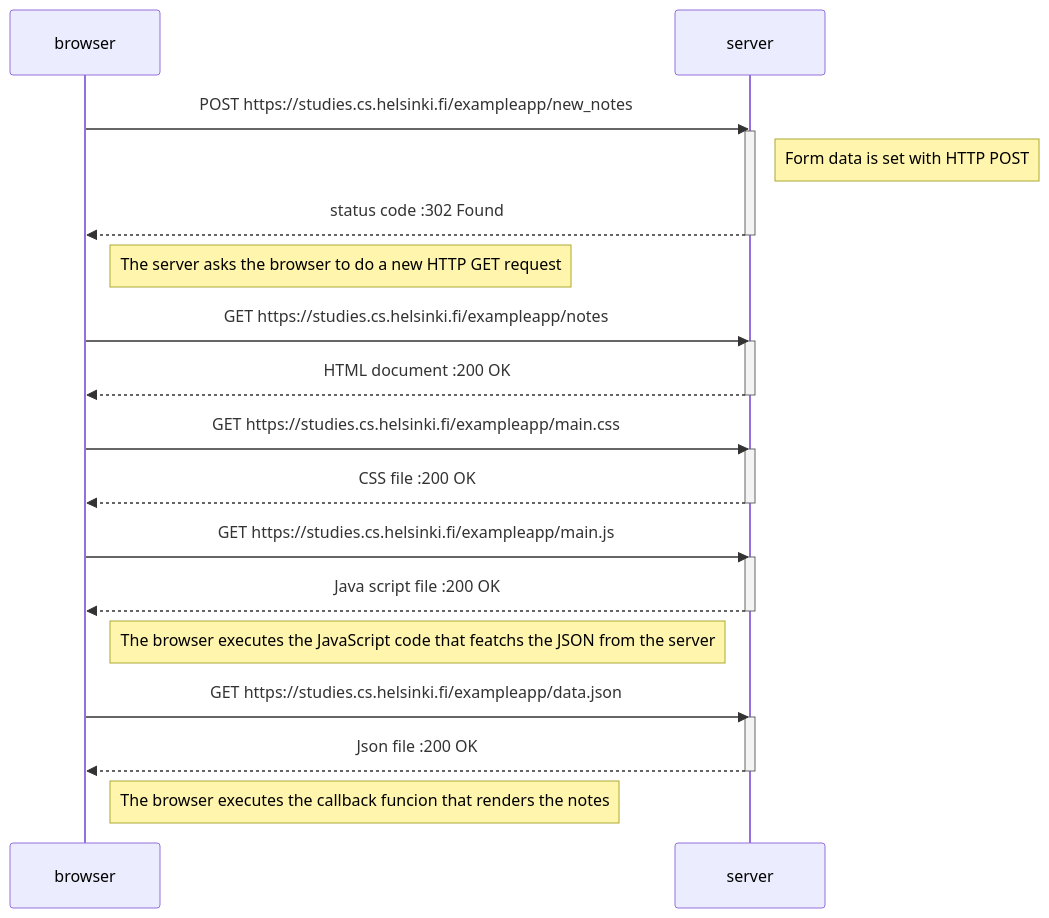
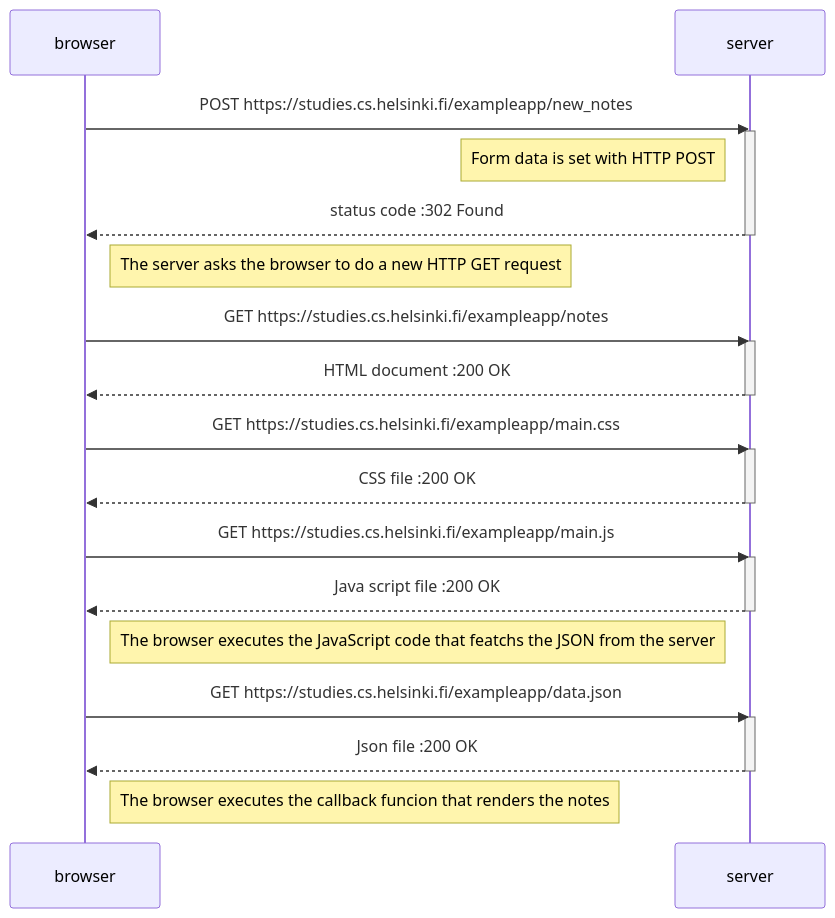
Before and after one commit to andersonkwok/git001: the diagram in 0.4.md, drawn with Mermaid.

````diff
--- a/0.4.md
+++ b/0.4.md
@@ -2,33 +2,33 @@
 ```mermaid
 sequenceDiagram
     participant browser
     participant server
 
     browser->>server: POST https://studies.cs.helsinki.fi/exampleapp/new_notes
     activate server
-    Note right of server: Form data is set with HTTP POST
+    Note left of server: Form data is set with HTTP POST
     server-->>browser: status code :302 Found
     deactivate server
 
 Note right of browser:The server asks the browser to do a new HTTP GET request
     browser->>server: GET https://studies.cs.helsinki.fi/exampleapp/notes
     activate server
     server-->>browser: HTML document  :200 OK
     deactivate server
 
     browser->>server: GET https://studies.cs.helsinki.fi/exampleapp/main.css
     activate server
     server-->>browser: CSS file  :200 OK
     deactivate server
 
     browser->>server: GET https://studies.cs.helsinki.fi/exampleapp/main.js
     activate server
     server-->>browser: Java script file  :200 OK
     deactivate server
     Note right of browser :The browser executes the JavaScript code that featchs the JSON from the server
     browser->>server: GET https://studies.cs.helsinki.fi/exampleapp/data.json
     activate server
     server-->>browser: Json file  :200 OK
     deactivate server
     Note right of browser :The browser executes the callback funcion that renders the notes
 ```
````
